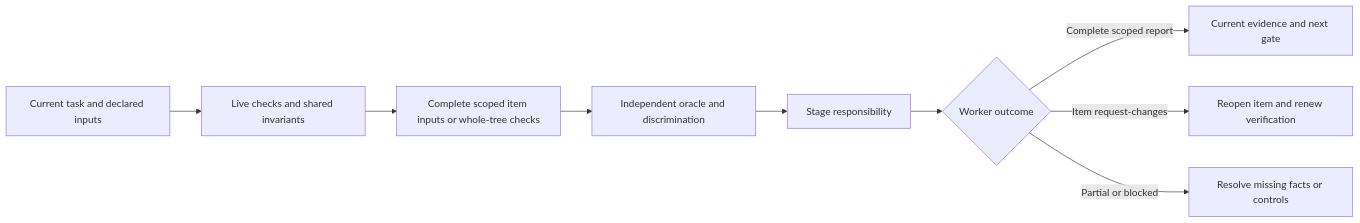
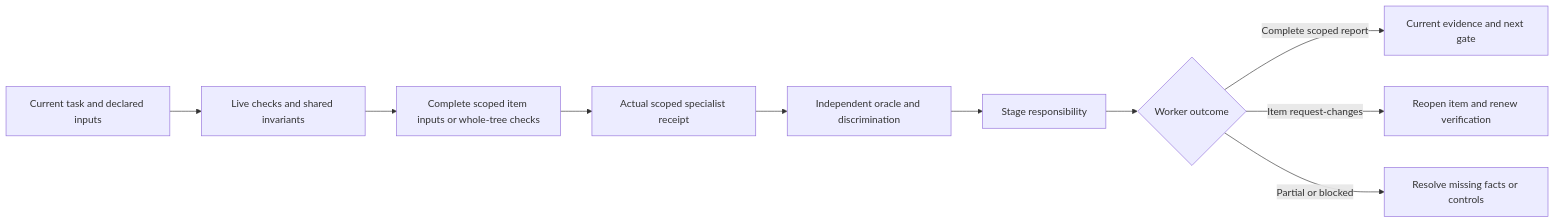
The diagram in skills/review-work/SKILL.md (wgentil/devflow), drawn with Mermaid before and after one commit. The commit also changed other lines of this file and 16 other files, not shown here.

Commit message:
feat: dispatch scoped specialists with actual model receipts

````diff
--- a/skills/review-work/SKILL.md
+++ b/skills/review-work/SKILL.md
@@ -16,11 +18,12 @@
 ```mermaid
 flowchart LR
     Scope[Current task and declared inputs] --> Checks[Live checks and shared invariants]
     Checks --> Inputs[Complete scoped item inputs or whole-tree checks]
-    Inputs --> Quality[Independent oracle and discrimination]
+    Inputs --> Model[Actual scoped specialist receipt]
+    Model --> Quality[Independent oracle and discrimination]
     Quality --> Work[Stage responsibility]
     Work --> Result{Worker outcome}
     Result -->|Complete scoped report| Evidence[Current evidence and next gate]
     Result -->|Item request-changes| Retry[Reopen item and renew verification]
     Result -->|Partial or blocked| Recover[Resolve missing facts or controls]
 ```
````
